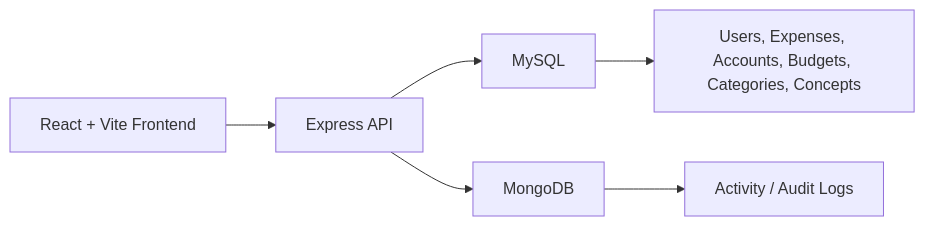
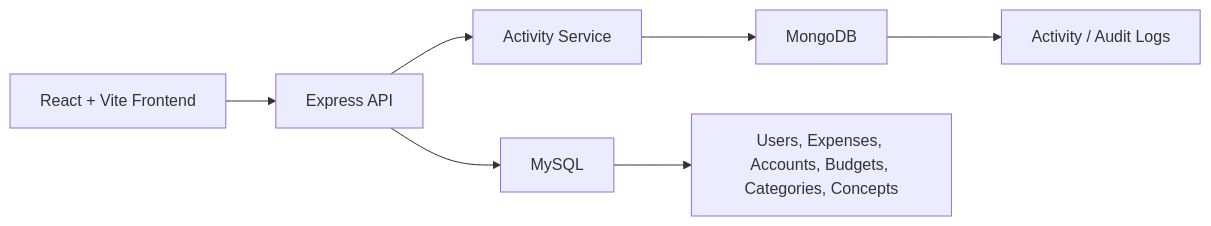
The diagram in README.md (Dexteroso/expenses_report), drawn with Mermaid before and after one commit. The commit also changed other lines of this file and 5 other files, not shown here.

````diff
--- a/README.md
+++ b/README.md
@@ -86,8 +130,9 @@
 ```mermaid
 flowchart LR
   A["React + Vite Frontend"] --> B["Express API"]
   B --> C["MySQL"]
-  B --> D["MongoDB"]
-  C --> E["Users, Expenses, Accounts, Budgets, Categories, Concepts"]
-  D --> F["Activity / Audit Logs"]
+  B --> D["Activity Service"]
+  D --> E["MongoDB"]
+  C --> F["Users, Expenses, Accounts, Budgets, Categories, Concepts"]
+  E --> G["Activity / Audit Logs"]
 ```
````
